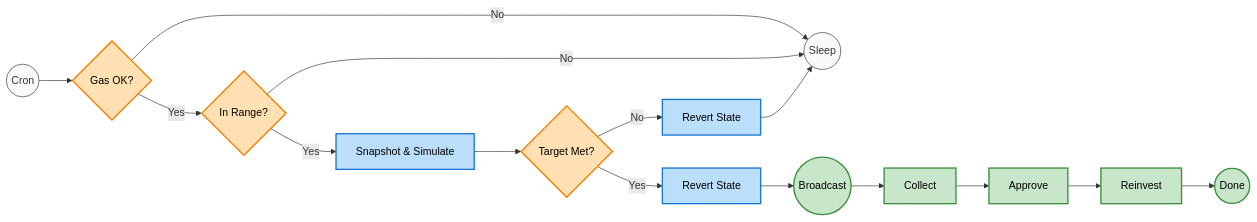
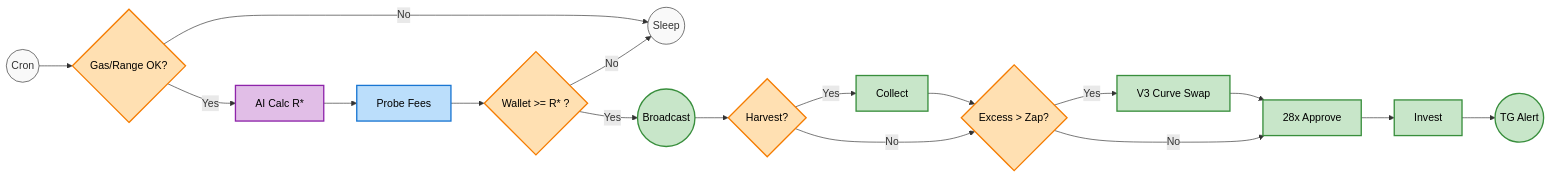
Before and after one commit to smhe00/uniswap-v3pool-auto-compound: the second of 2 diagrams in README.md, drawn with Mermaid. The commit also changed other lines of this file, not shown here.

````diff
--- a/README.md
+++ b/README.md
@@ -188,22 +193,29 @@
 ```mermaid
 graph LR
     %% Colors & Styles
     classDef default fill:#f9f9f9,stroke:#333,stroke-width:1px;
     classDef gate fill:#ffe0b2,stroke:#f57c00,stroke-width:2px,color:#000;
+    classDef brain fill:#e1bee7,stroke:#8e24aa,stroke-width:2px,color:#000;
     classDef sim fill:#bbdefb,stroke:#1976d2,stroke-width:2px,color:#000;
     classDef chain fill:#c8e6c9,stroke:#388e3c,stroke-width:2px,color:#000;
 
-    Start((Cron)) --> G0{Gas OK?}:::gate
-    G0 -- No --> End((Sleep))
-    G0 -- Yes --> G1{In Range?}:::gate
+    Start(("Cron")) --> Check{"Gas/Range OK?"}:::gate
+    Check -- No --> Sleep(("Sleep"))
+    Check -- Yes --> Brain["AI Calc R*"]:::brain
     
-    G1 -- No --> End
-    G1 -- Yes --> Sim[Snapshot & Simulate]:::sim
+    Brain --> ModA["Probe Fees"]:::sim
+    ModA --> ModB{"Wallet >= R* ?"}:::gate
     
-    Sim --> G2{Target Met?}:::gate
+    ModB -- No --> Sleep
+    ModB -- Yes --> Broad(("Broadcast")):::chain
     
-    G2 -- No --> Rev1[Revert State]:::sim --> End
-    G2 -- Yes --> Rev2[Revert State]:::sim --> Broad((Broadcast)):::chain
+    Broad --> ExecA{"Harvest?"}:::gate
+    ExecA -- Yes --> Col["Collect"]:::chain --> ExecC
+    ExecA -- No --> ExecC
     
-    Broad --> Col[Collect]:::chain --> App[Approve]:::chain --> Inv[Reinvest]:::chain --> Done((Done)):::chain
+    ExecC{"Excess > Zap?"}:::gate
+    ExecC -- Yes --> Swap["V3 Curve Swap"]:::chain --> App
+    ExecC -- No --> App["28x Approve"]:::chain
+    
+    App --> Inv["Invest"]:::chain --> Done(("TG Alert")):::chain
 ```
````
